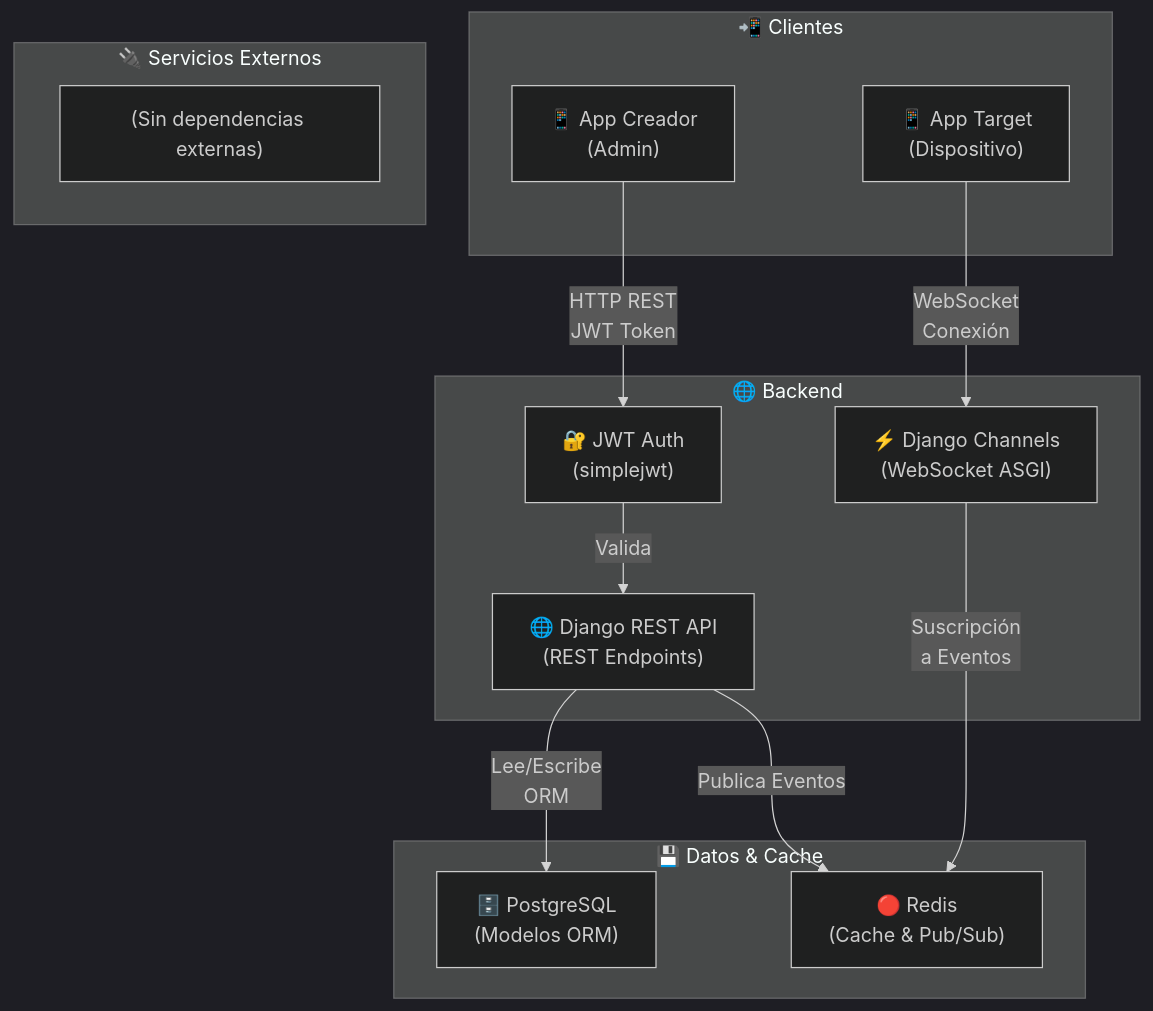
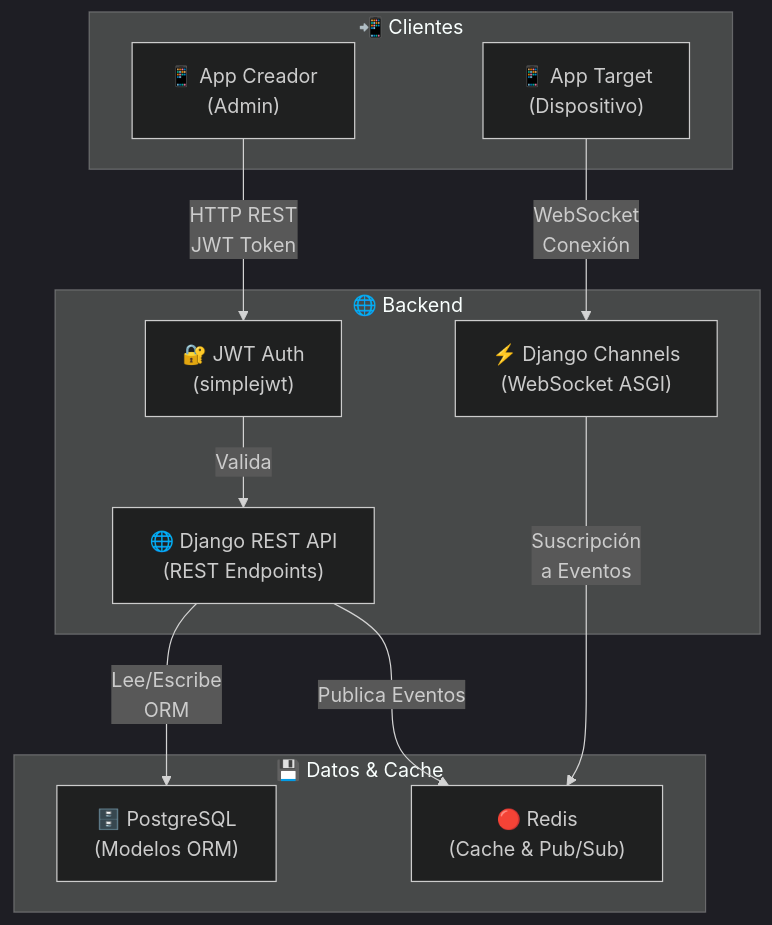
The first of 4 diagrams in README.md (JORGUINHO98/secure-lock), drawn with Mermaid (dark theme) before and after one commit. The commit also changed other lines of this file, not shown here.

````diff
--- a/README.md
+++ b/README.md
@@ -25,34 +32,30 @@
 ```mermaid
 graph TB
     subgraph Clientes["📲 Clientes"]
         C["📱 App Creador<br/>(Admin)"]
         T["📱 App Target<br/>(Dispositivo)"]
     end
     
     subgraph Backend["🌐 Backend"]
         API["🌐 Django REST API<br/>(REST Endpoints)"]
         WS["⚡ Django Channels<br/>(WebSocket ASGI)"]
         AUTH["🔐 JWT Auth<br/>(simplejwt)"]
     end
 
     subgraph Data["💾 Datos & Cache"]
         DB["🗄️ PostgreSQL<br/>(Modelos ORM)"]
         Redis["🔴 Redis<br/>(Cache & Pub/Sub)"]
     end
 
-    subgraph External["🔌 Servicios Externos"]
-        EMPTY["(Sin dependencias externas)"]
-    end
-
     %% Relaciones del Creador
     C -->|HTTP REST<br/>JWT Token| AUTH
     AUTH -->|Valida| API
     
     %% Lógica de la API
     API -->|Lee/Escribe<br/>ORM| DB
     API -->|Publica Eventos| Redis
 
     %% Relaciones del Target
     T -->|WebSocket<br/>Conexión| WS
     WS -->|Suscripción<br/>a Eventos| Redis
 ```
````
